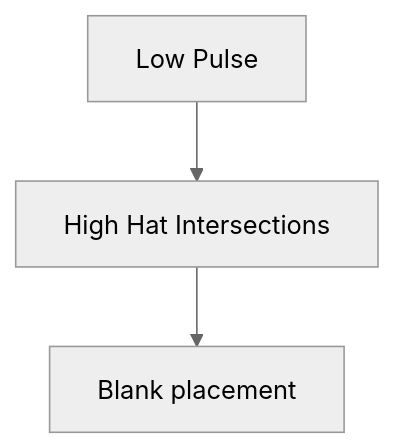
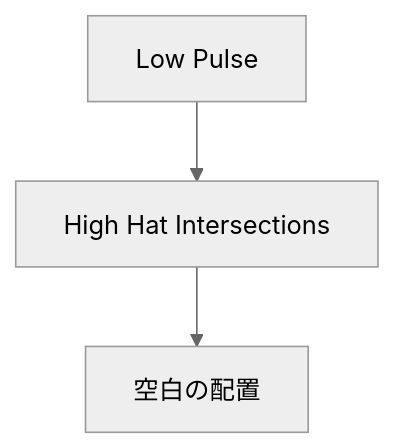
Before and after one commit to monumental-movement/monumental-movement.github.io: the third of 7 diagrams in en/_posts/2025-10-24-column-plastikman-richie-hawtin.md, drawn with Mermaid (neutral theme). The commit also changed other lines of this file and 211 other files, not shown here.

```diff
--- a/en/_posts/2025-10-24-column-plastikman-richie-hawtin.md
+++ b/en/_posts/2025-10-24-column-plastikman-richie-hawtin.md
@@ -215,7 +215,7 @@
 <div class="mermaid">
 
 graph TD
-A[Low Pulse] --> B[High Hat Intersections]
-B --> C[Blank placement]
+    A[Low Pulse] --> B[High Hat Intersections]
+    B --> C[空白の配置]
 
 </div>
```
